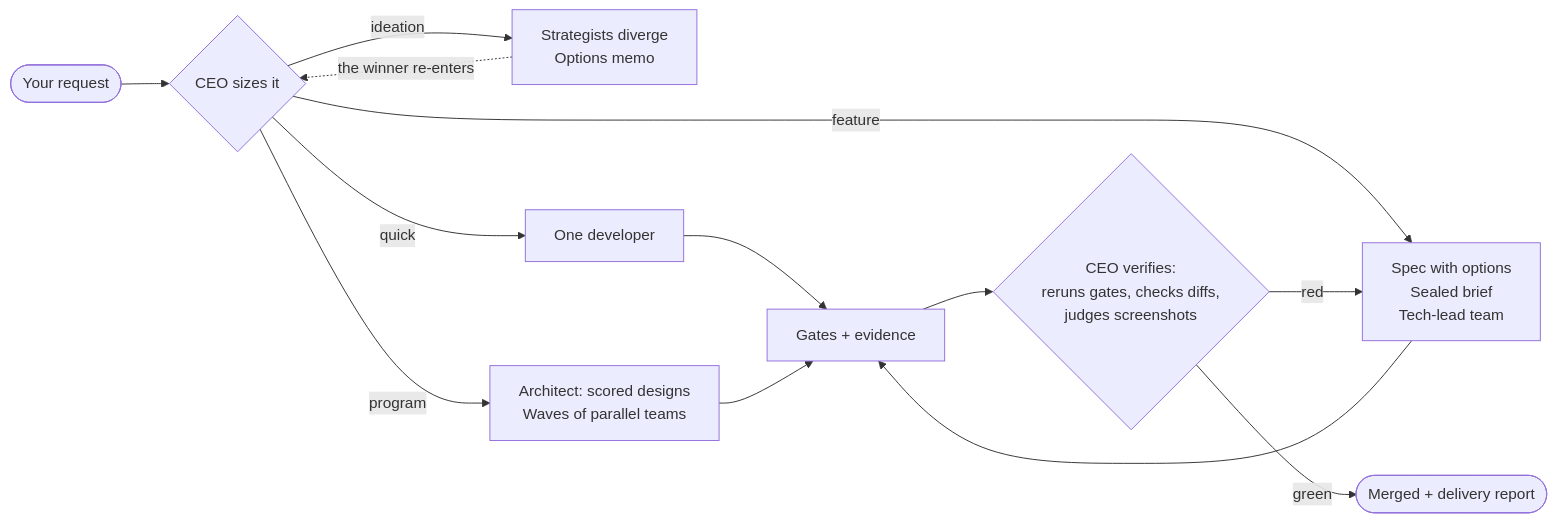
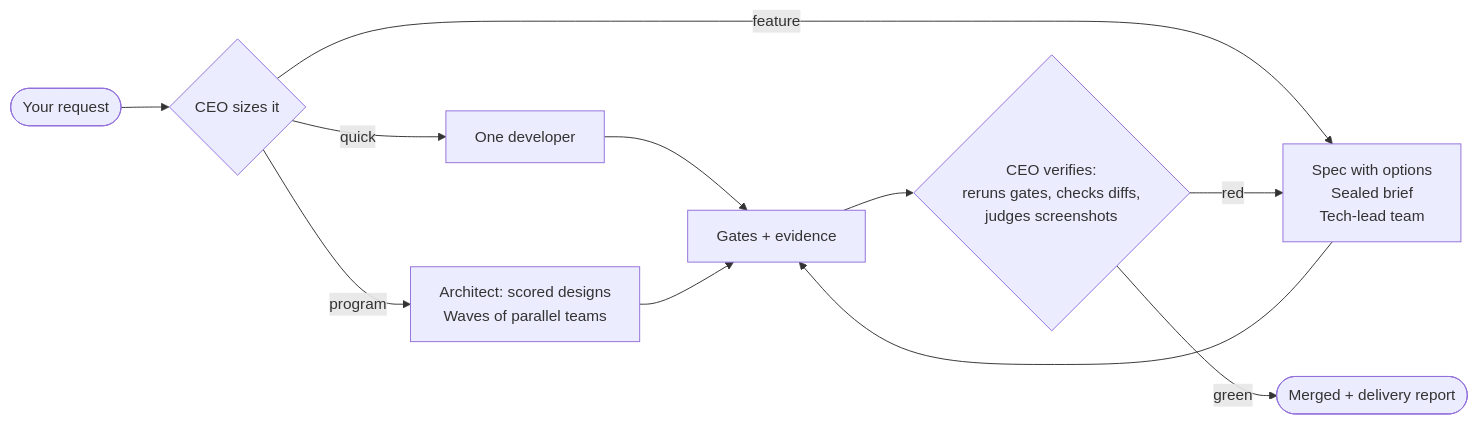
One commit to devmesh-in/claude-company changed the first of 2 diagrams in README.md. Above: the diagram before and after it, drawn with Mermaid. The commit also changed other lines of this file and 91 other files, not shown here.

````diff
--- a/README.md
+++ b/README.md
@@ -88,15 +88,13 @@
 ```mermaid
 flowchart LR
     A([Your request]) --> B{CEO sizes it}
-    B -->|ideation| C[Strategists diverge<br>Options memo]
     B -->|quick| D[One developer]
     B -->|feature| E[Spec with options<br>Sealed brief<br>Tech-lead team]
     B -->|program| F[Architect: scored designs<br>Waves of parallel teams]
-    C -.the winner re-enters.-> B
     D --> G[Gates + evidence]
     E --> G
     F --> G
     G --> H{CEO verifies:<br>reruns gates, checks diffs,<br>judges screenshots}
     H -->|red| E
     H -->|green| I([Merged + delivery report])
 ```
````
